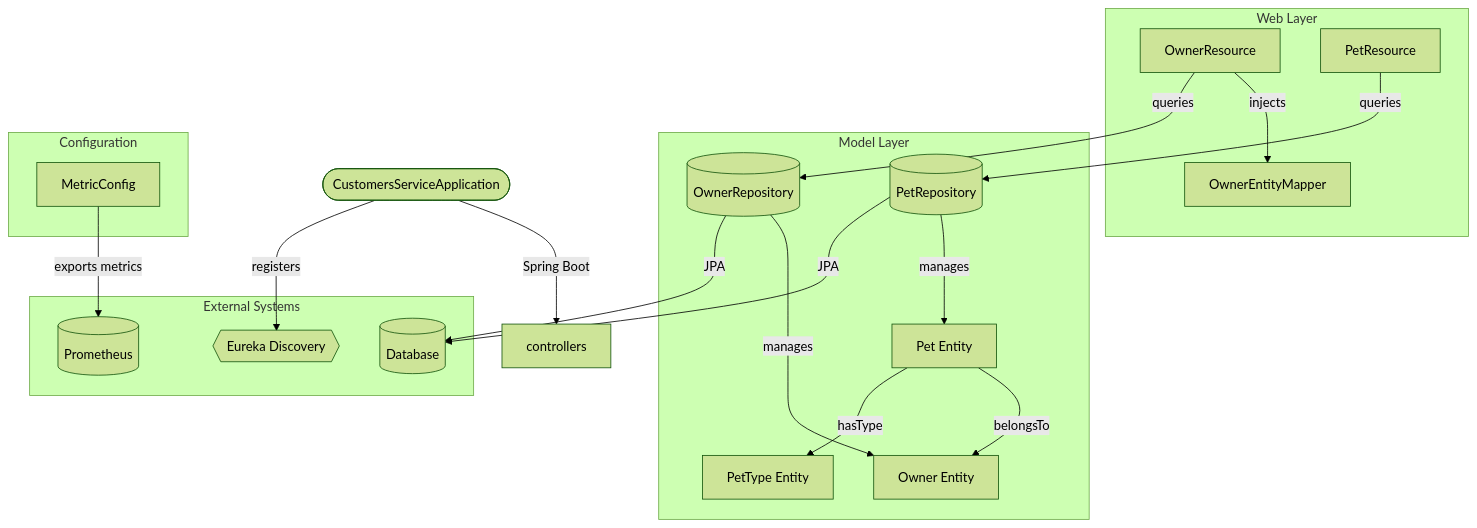
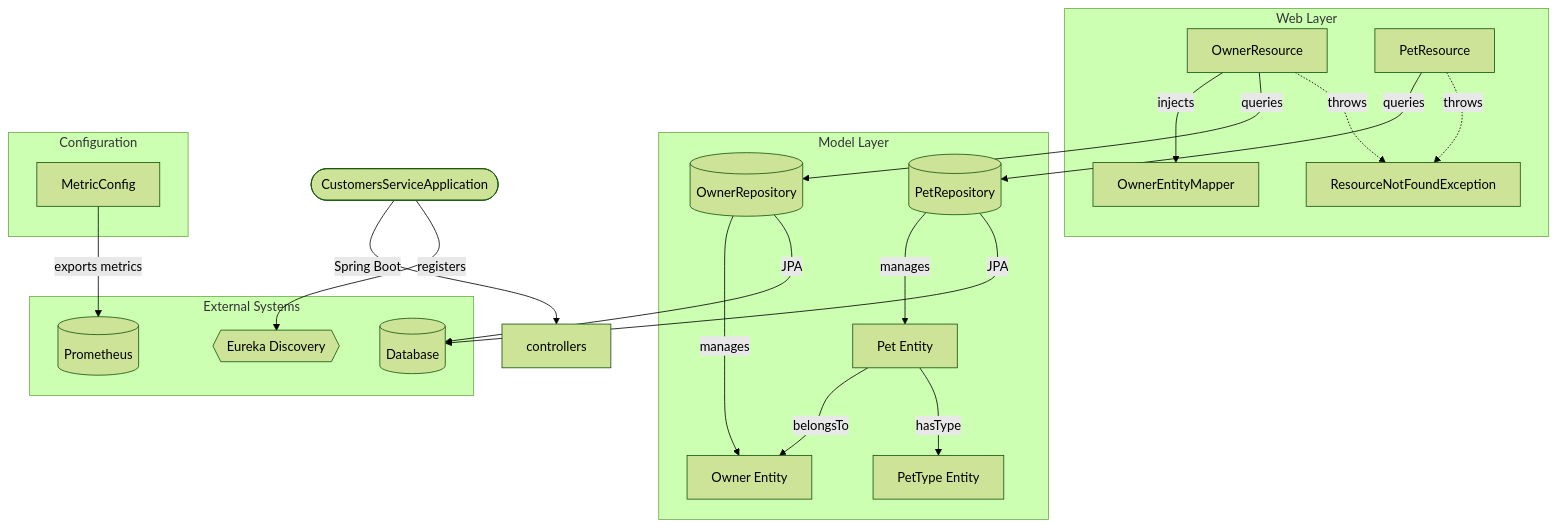
One commit to audoclyphia-evals/petclinic-customers-service changed the first of 3 diagrams in ARCHITECTURE.md. Above: the diagram before and after it, drawn with Mermaid (forest theme). The commit also changed other lines of this file and 6 other files, not shown here.

````diff
--- a/ARCHITECTURE.md
+++ b/ARCHITECTURE.md
@@ -11,52 +11,56 @@
 ```mermaid
 flowchart TB
     %% Source: Context #1, Context #5 - CustomersServiceApplication.java
     app([CustomersServiceApplication]) -->|Spring Boot| controllers
 
     subgraph Web_Tier [Web Layer]
         %% Source: Context #5 - OwnerResource.java, PetResource.java
         owner_resource[OwnerResource]
         pet_resource[PetResource]
         %% Source: Context #5 - OwnerEntityMapper.java
         owner_mapper[OwnerEntityMapper]
+        %% Source: Context #5 - ResourceNotFoundException.java
+        not_found_exc[ResourceNotFoundException]
     end
 
     subgraph Model_Tier [Model Layer]
         %% Source: Context #5 - Owner.java, Pet.java, PetType.java
         owner[Owner Entity]
         pet[Pet Entity]
         pet_type[PetType Entity]
         %% Source: Context #5 - OwnerRepository.java, PetRepository.java
         owner_repo[(OwnerRepository)]
         pet_repo[(PetRepository)]
     end
 
     subgraph Config_Tier [Configuration]
         %% Source: Context #5 - MetricConfig.java
         metric_config[MetricConfig]
     end
 
     subgraph External_Tier [External Systems]
         %% Source: Context #4 - pom.xml (MySQL, Eureka, Prometheus)
         db[(Database)]
         eureka{{Eureka Discovery}}
         prometheus[(Prometheus)]
     end
 
     %% Web Layer connections
     owner_resource -->|injects| owner_mapper
     owner_resource -->|queries| owner_repo
+    owner_resource -.->|throws| not_found_exc
     pet_resource -->|queries| pet_repo
+    pet_resource -.->|throws| not_found_exc
 
     %% Model Layer connections
     owner_repo -->|manages| owner
     pet_repo -->|manages| pet
     pet -->|belongsTo| owner
     pet -->|hasType| pet_type
 
     %% External connections
     owner_repo -->|JPA| db
     pet_repo -->|JPA| db
     app -->|registers| eureka
     metric_config -->|exports metrics| prometheus
 ```
````
